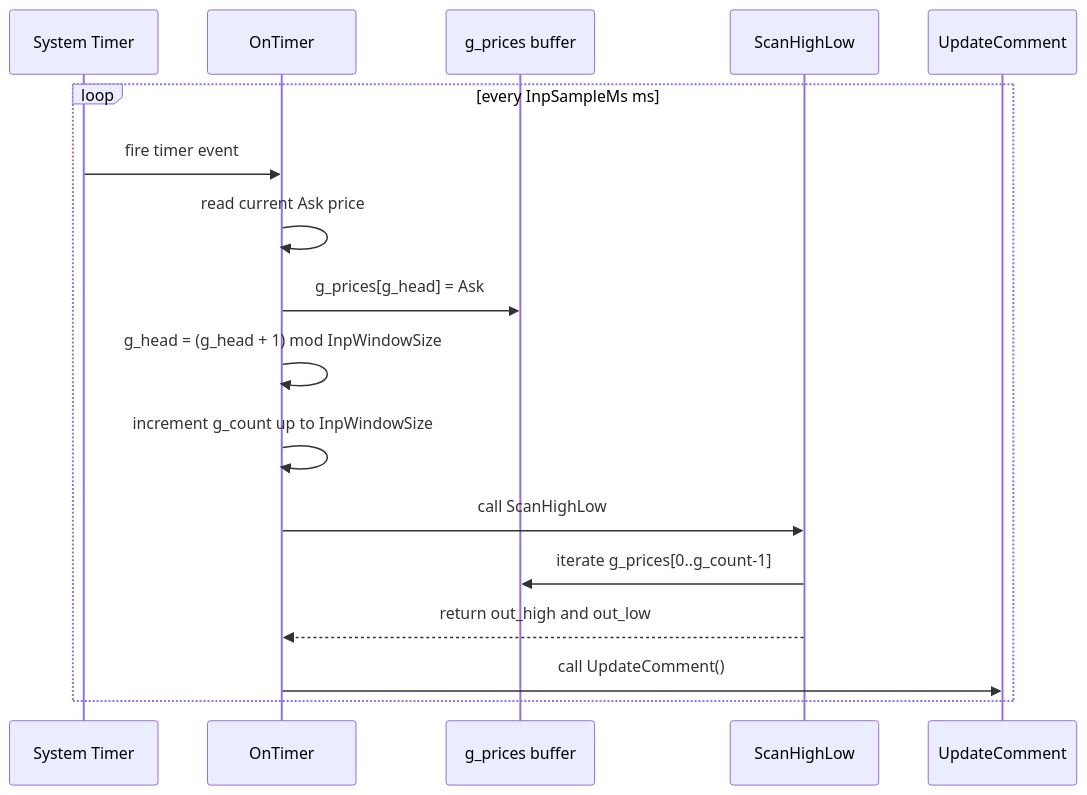
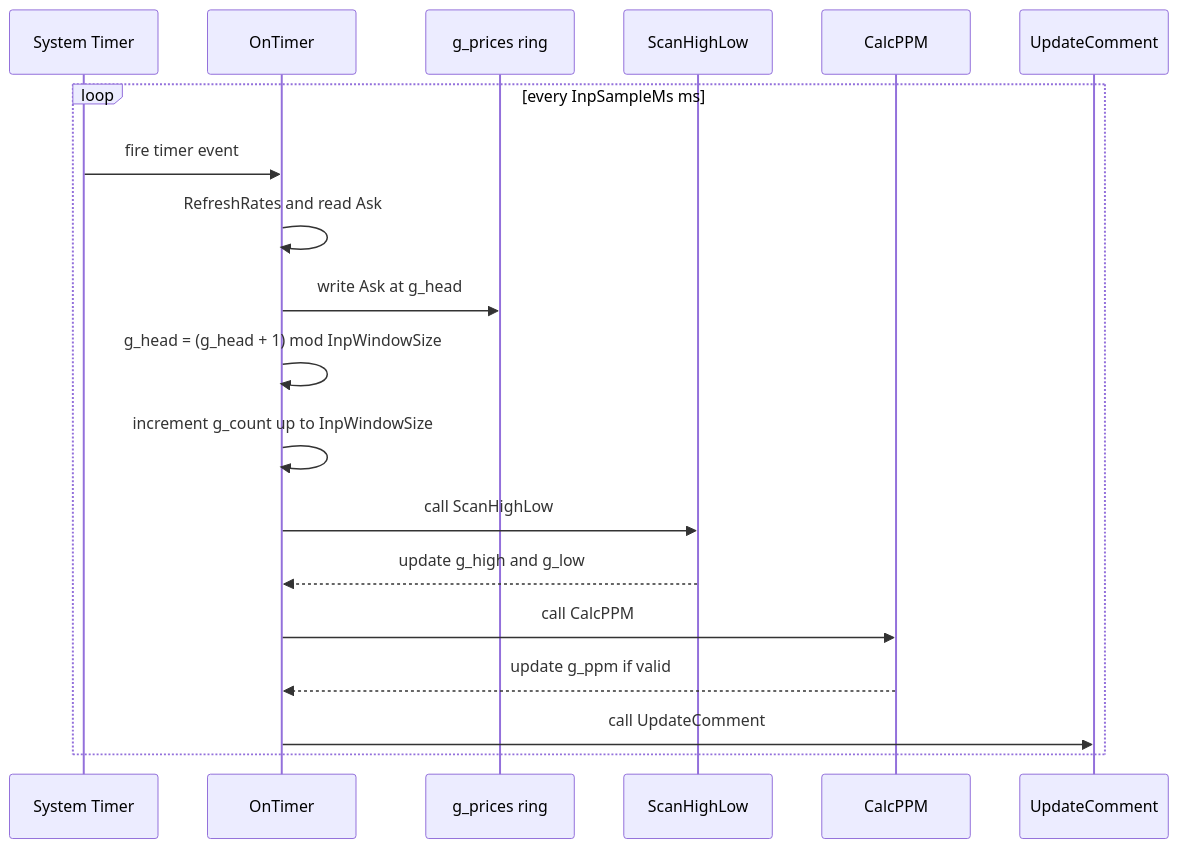
The first of 2 diagrams in README.md (nhasibuan/oneminuteman), drawn with Mermaid before and after one commit. The commit also changed other lines of this file, not shown here.

Commit message:
docs(README): harmonize to the single unified EA - reconcile PPM section with real CalcPPM/ZigZag code, correct inputs & data dictionary, add PPM engine + MQL4 design-patterns sections, drop nonexistent standalone-indicator content

````diff
--- a/README.md
+++ b/README.md
@@ -185,20 +226,22 @@
 ```mermaid
 sequenceDiagram
     participant Timer as System Timer
     participant OnTimer
-    participant Buffer as g_prices buffer
+    participant Buffer as g_prices ring
     participant Scan as ScanHighLow
-    participant Comment as UpdateComment
-    
+    participant PPM as CalcPPM
+    participant Panel as UpdateComment
+
     loop every InpSampleMs ms
         Timer->>OnTimer: fire timer event
-        OnTimer->>OnTimer: read current Ask price
-        OnTimer->>Buffer: g_prices[g_head] = Ask
+        OnTimer->>OnTimer: RefreshRates and read Ask
+        OnTimer->>Buffer: write Ask at g_head
         OnTimer->>OnTimer: g_head = (g_head + 1) mod InpWindowSize
         OnTimer->>OnTimer: increment g_count up to InpWindowSize
         OnTimer->>Scan: call ScanHighLow
-        Scan->>Buffer: iterate g_prices[0..g_count-1]
-        Scan-->>OnTimer: return out_high and out_low
-        OnTimer->>Comment: call UpdateComment()
+        Scan-->>OnTimer: update g_high and g_low
+        OnTimer->>PPM: call CalcPPM
+        PPM-->>OnTimer: update g_ppm if valid
+        OnTimer->>Panel: call UpdateComment
     end
 ```
````
